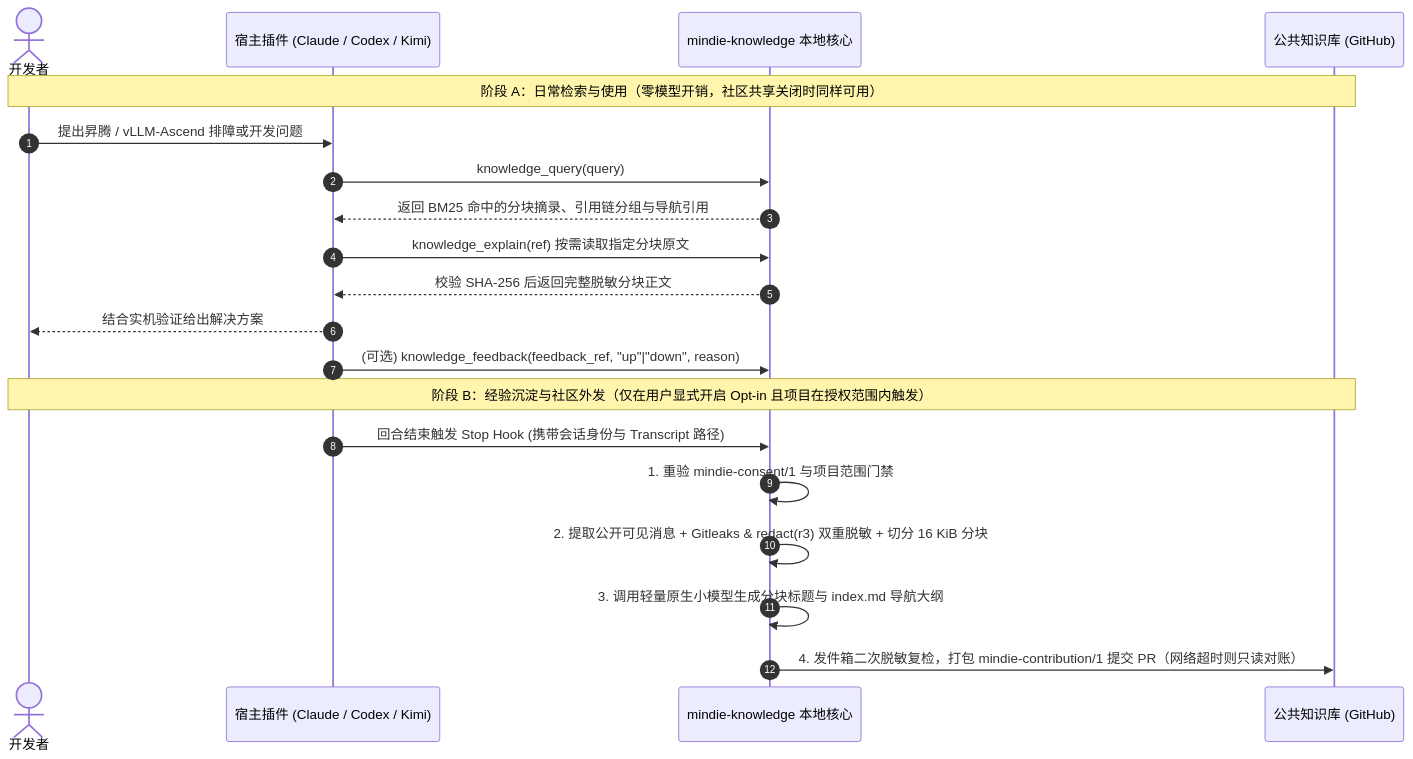
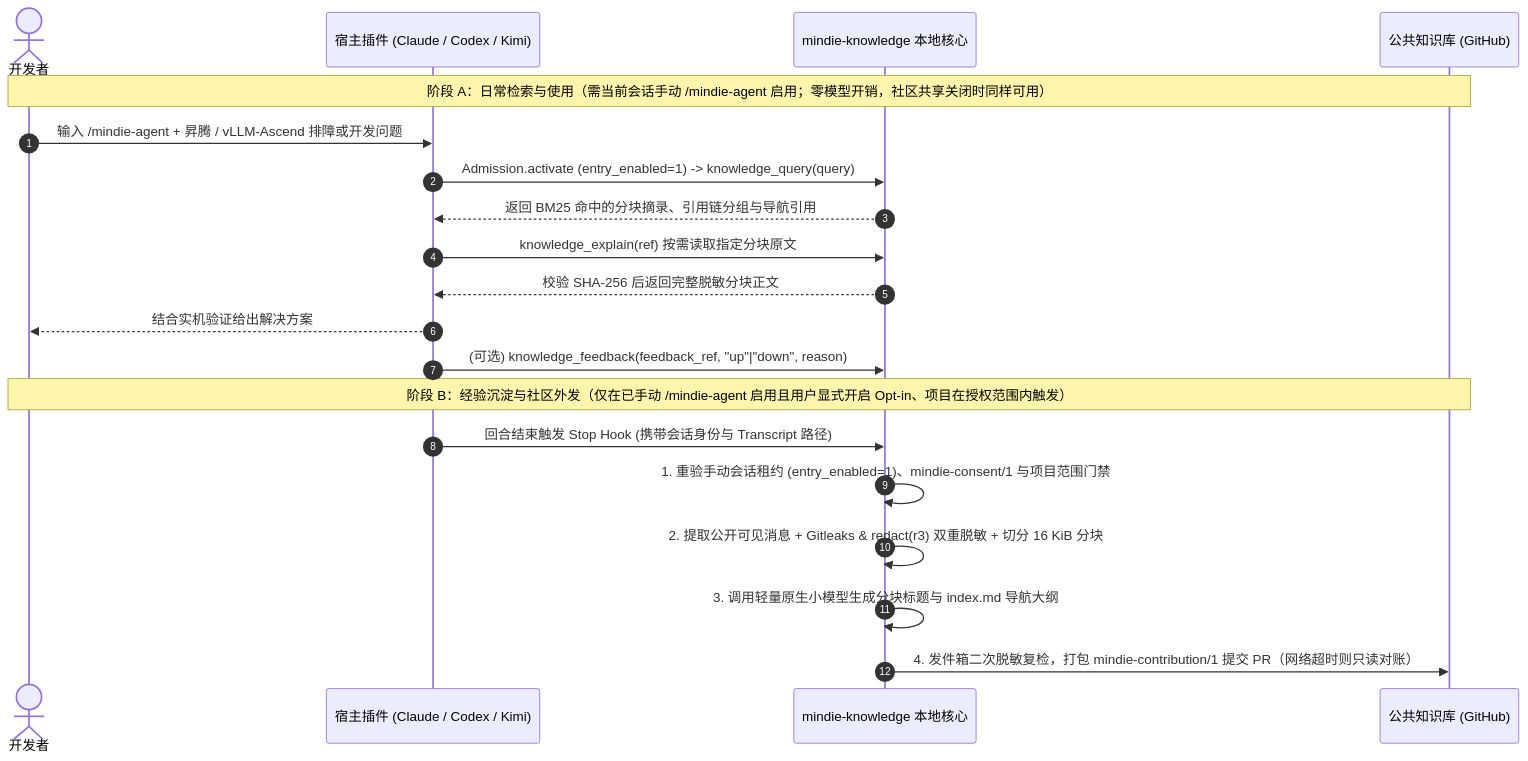
One commit to mindie-agent/knowledge changed the diagram in docs/mindie-loop.zh.md. Above: the diagram before and after it, drawn with Mermaid. The commit also changed other lines of this file and 8 other files, not shown here.

Commit message:
docs: align knowledge lifecycle guidance with manual session entry

````diff
--- a/docs/mindie-loop.zh.md
+++ b/docs/mindie-loop.zh.md
@@ -11,24 +11,24 @@
 ```mermaid
 sequenceDiagram
   autonumber
   actor Dev as 开发者
   participant Host as 宿主插件 (Claude / Codex / Kimi)
   participant Core as mindie-knowledge 本地核心
   participant Remote as 公共知识库 (GitHub)
 
-  Note over Dev,Remote: 阶段 A：日常检索与使用（零模型开销，社区共享关闭时同样可用）
-  Dev->>Host: 提出昇腾 / vLLM-Ascend 排障或开发问题
-  Host->>Core: knowledge_query(query)
+  Note over Dev,Remote: 阶段 A：日常检索与使用（需当前会话手动 /mindie-agent 启用；零模型开销，社区共享关闭时同样可用）
+  Dev->>Host: 输入 /mindie-agent + 昇腾 / vLLM-Ascend 排障或开发问题
+  Host->>Core: Admission.activate (entry_enabled=1) -> knowledge_query(query)
   Core-->>Host: 返回 BM25 命中的分块摘录、引用链分组与导航引用
   Host->>Core: knowledge_explain(ref) 按需读取指定分块原文
   Core-->>Host: 校验 SHA-256 后返回完整脱敏分块正文
   Host-->>Dev: 结合实机验证给出解决方案
   Host->>Core: (可选) knowledge_feedback(feedback_ref, "up"|"down", reason)
 
-  Note over Dev,Remote: 阶段 B：经验沉淀与社区外发（仅在用户显式开启 Opt-in 且项目在授权范围内触发）
+  Note over Dev,Remote: 阶段 B：经验沉淀与社区外发（仅在已手动 /mindie-agent 启用且用户显式开启 Opt-in、项目在授权范围内触发）
   Host->>Core: 回合结束触发 Stop Hook (携带会话身份与 Transcript 路径)
-  Core->>Core: 1. 重验 mindie-consent/1 与项目范围门禁
+  Core->>Core: 1. 重验手动会话租约 (entry_enabled=1)、mindie-consent/1 与项目范围门禁
   Core->>Core: 2. 提取公开可见消息 + Gitleaks & redact(r3) 双重脱敏 + 切分 16 KiB 分块
   Core->>Core: 3. 调用轻量原生小模型生成分块标题与 index.md 导航大纲
   Core->>Remote: 4. 发件箱二次脱敏复检，打包 mindie-contribution/1 提交 PR（网络超时则只读对账）
 ```
````
